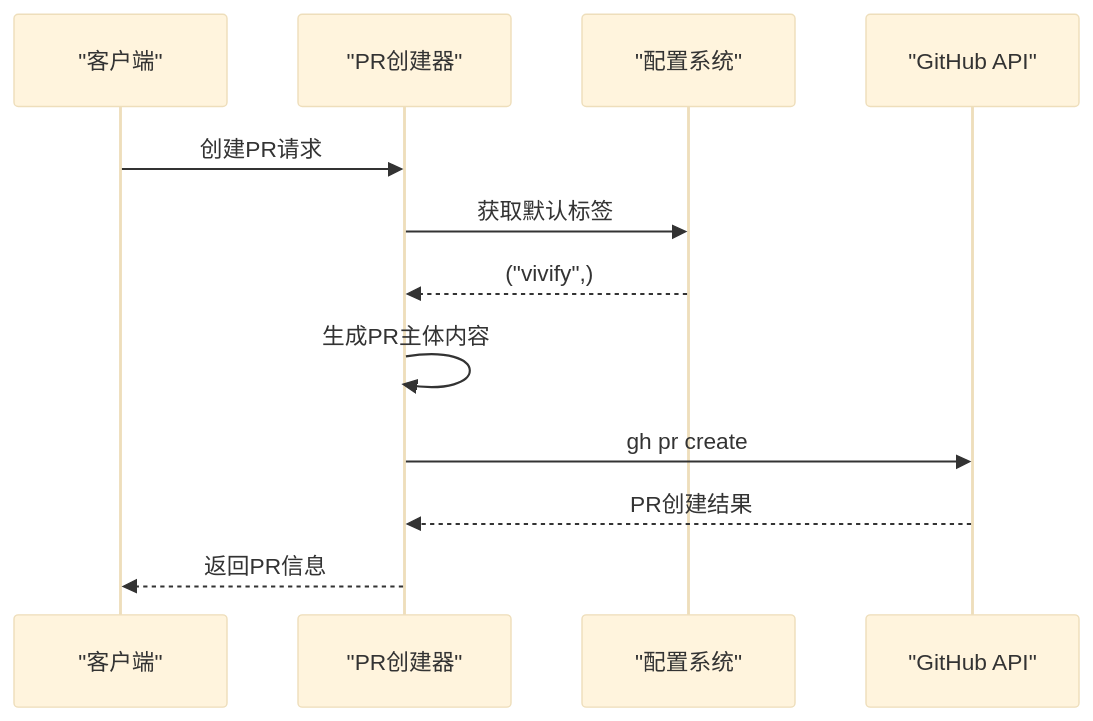
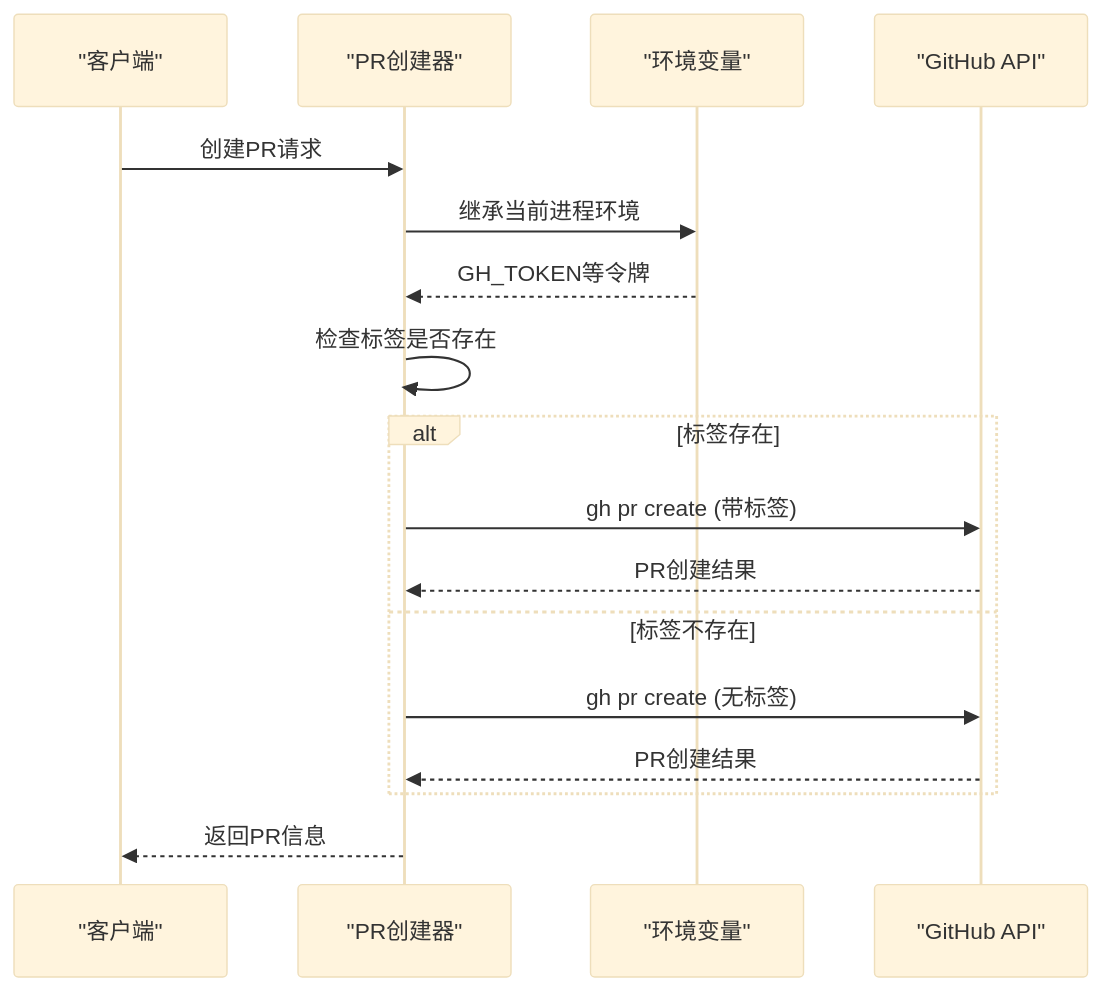
Before and after one commit to pinsonchen/vivify: the third of 7 diagrams in .qoder/repowiki/zh/content/技术实现参考/代码替换策略/PR创建和工作树管理.md, drawn with Mermaid (base theme). The commit also changed other lines of this file and 6 other files, not shown here.

````diff
--- a/.qoder/repowiki/zh/content/技术实现参考/代码替换策略/PR创建和工作树管理.md
+++ b/.qoder/repowiki/zh/content/技术实现参考/代码替换策略/PR创建和工作树管理.md
@@ -132,14 +165,19 @@
 ```mermaid
 sequenceDiagram
 participant Client as "客户端"
 participant Creator as "PR创建器"
-participant Config as "配置系统"
+participant Env as "环境变量"
 participant GitHub as "GitHub API"
 Client->>Creator : 创建PR请求
-Creator->>Config : 获取默认标签
-Config-->>Creator : ("vivify",)
-Creator->>Creator : 生成PR主体内容
-Creator->>GitHub : gh pr create
+Creator->>Env : 继承当前进程环境
+Env-->>Creator : GH_TOKEN等令牌
+Creator->>Creator : 检查标签是否存在
+alt 标签存在
+Creator->>GitHub : gh pr create (带标签)
 GitHub-->>Creator : PR创建结果
+else 标签不存在
+Creator->>GitHub : gh pr create (无标签)
+GitHub-->>Creator : PR创建结果
+end
 Creator-->>Client : 返回PR信息
 ```
````
